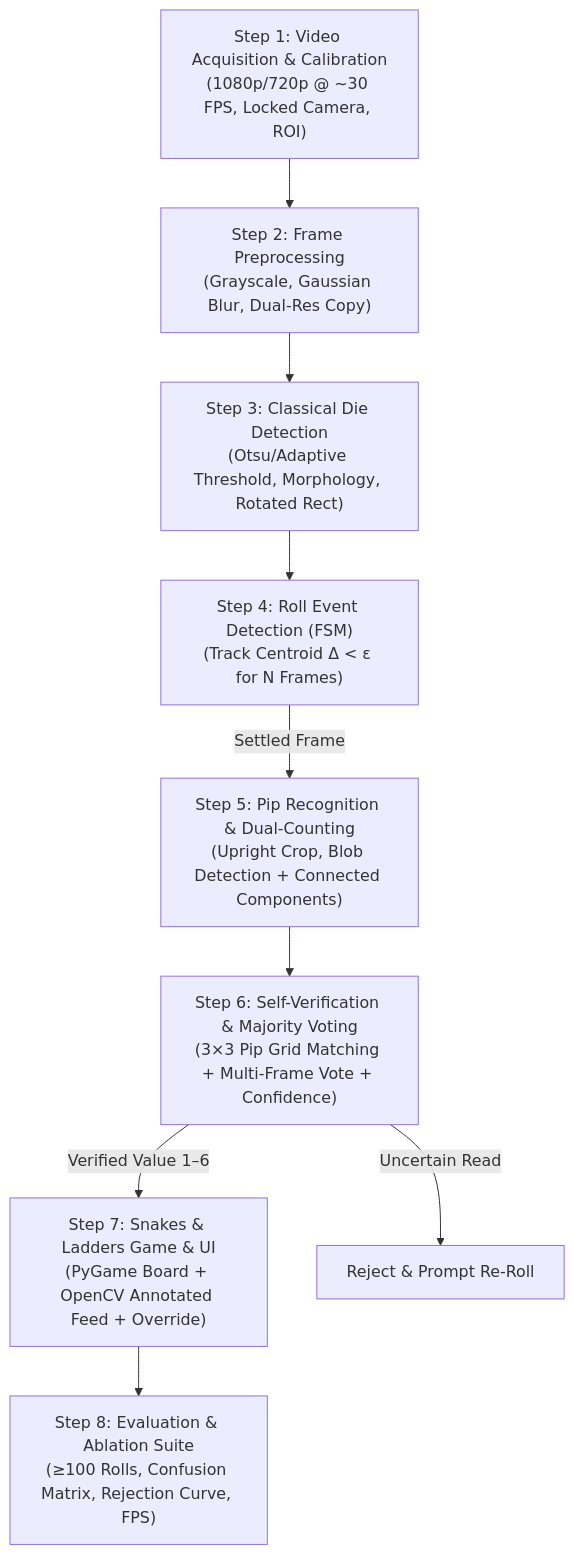
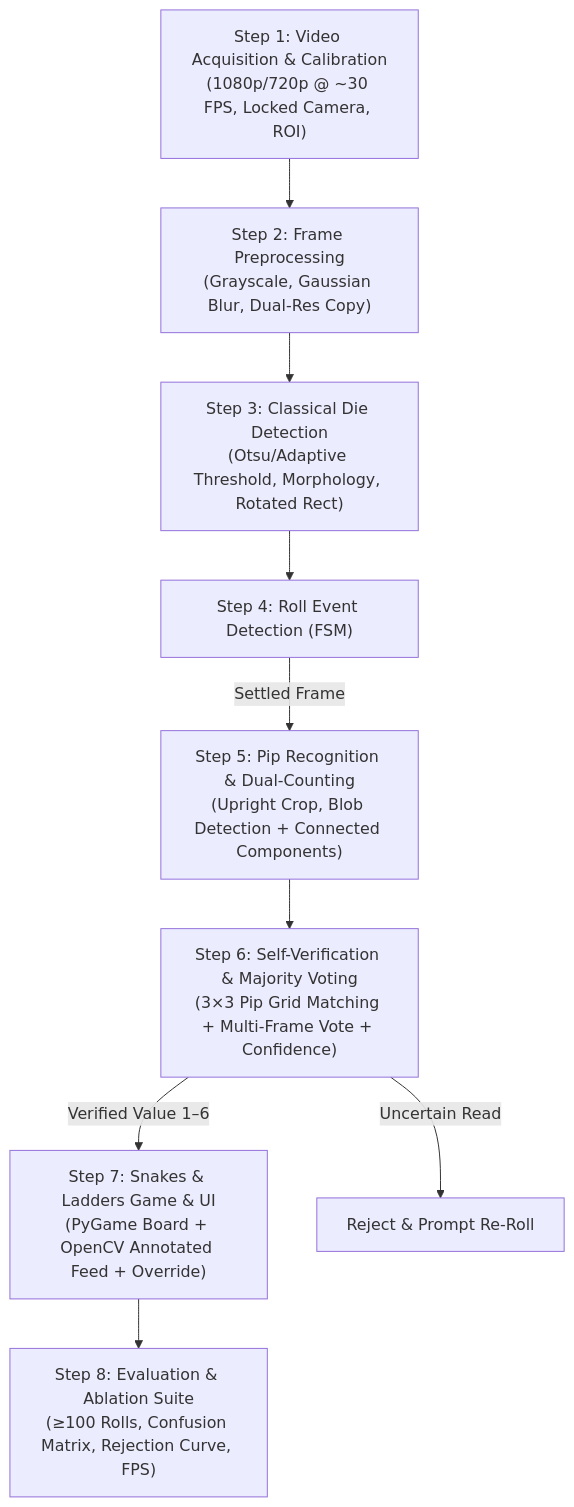
The first of 2 diagrams in concept/01-implementation-plan.md (lejxz/cv-dice-snakes-ladders), drawn with Mermaid before and after one commit.

````diff
--- a/concept/01-implementation-plan.md
+++ b/concept/01-implementation-plan.md
@@ -11,11 +11,11 @@
 ```mermaid
 flowchart TD
     A["Step 1: Video Acquisition & Calibration<br/>(1080p/720p @ ~30 FPS, Locked Camera, ROI)"] --> B["Step 2: Frame Preprocessing<br/>(Grayscale, Gaussian Blur, Dual-Res Copy)"]
     B --> C["Step 3: Classical Die Detection<br/>(Otsu/Adaptive Threshold, Morphology, Rotated Rect)"]
-    C --> D["Step 4: Roll Event Detection (FSM)<br/>(Track Centroid Δ < ε for N Frames)"]
+    C --> D["Step 4: Roll Event Detection (FSM)"]
     D -->|Settled Frame| E["Step 5: Pip Recognition & Dual-Counting<br/>(Upright Crop, Blob Detection + Connected Components)"]
     E --> F["Step 6: Self-Verification & Majority Voting<br/>(3×3 Pip Grid Matching + Multi-Frame Vote + Confidence)"]
     F -->|Verified Value 1–6| G["Step 7: Snakes & Ladders Game & UI<br/>(PyGame Board + OpenCV Annotated Feed + Override)"]
     F -->|Uncertain Read| H["Reject & Prompt Re-Roll"]
     G --> I["Step 8: Evaluation & Ablation Suite<br/>(≥100 Rolls, Confusion Matrix, Rejection Curve, FPS)"]
 ```
````
